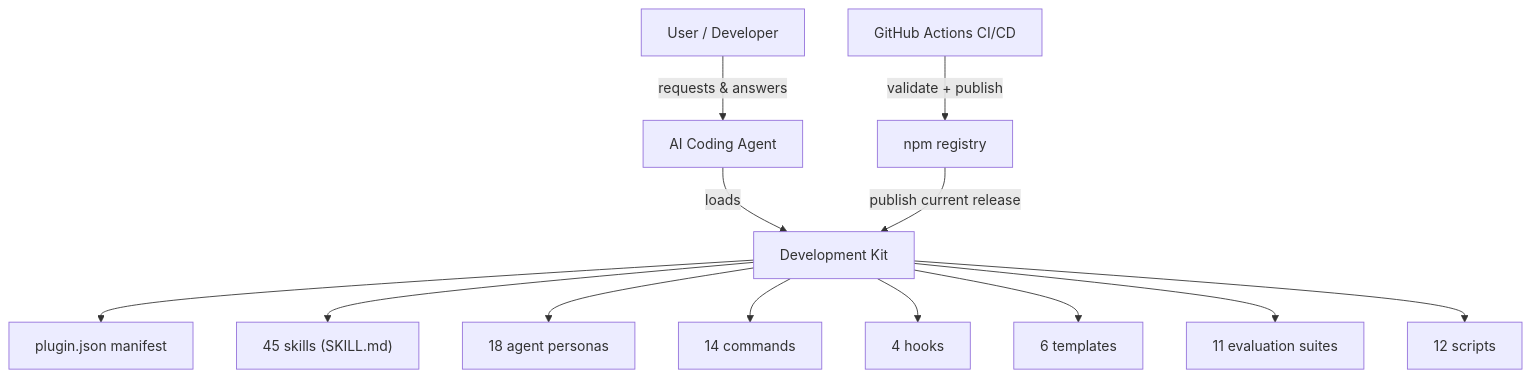
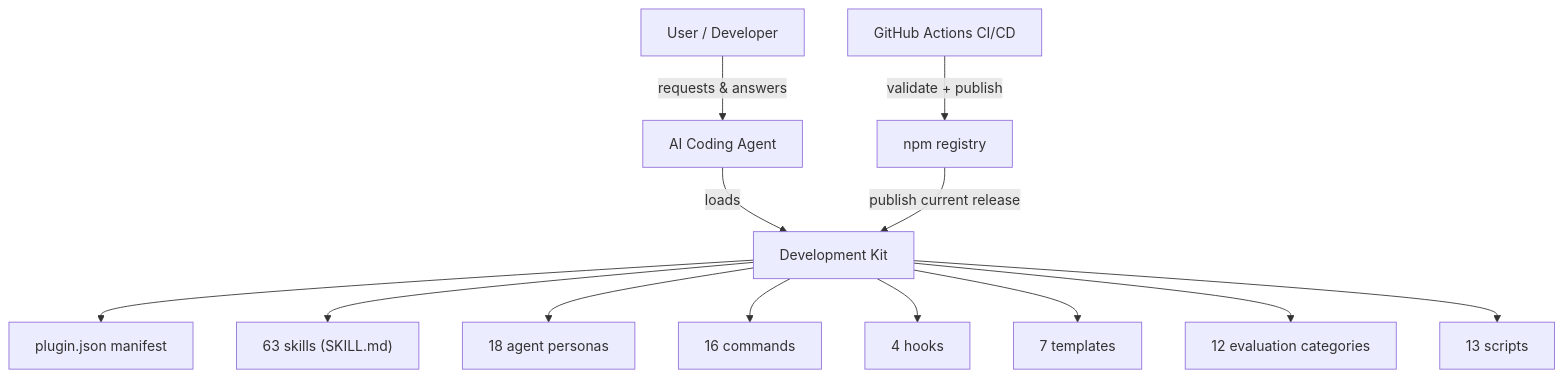
Before and after one commit to eybersjp/development-kit: the diagram in docs/04-architecture/system-context.md, drawn with Mermaid. The commit also changed 25 other files, not shown here.

````diff
--- a/docs/04-architecture/system-context.md
+++ b/docs/04-architecture/system-context.md
@@ -7,15 +7,15 @@
 ```mermaid
 graph TB
     U["User / Developer"] -->|"requests & answers"| A["AI Coding Agent"]
     A -->|"loads"| DK["Development Kit"]
     DK --> P["plugin.json manifest"]
-    DK --> SK["45 skills (SKILL.md)"]
+    DK --> SK["63 skills (SKILL.md)"]
     DK --> AG["18 agent personas"]
-    DK --> CM["14 commands"]
+    DK --> CM["16 commands"]
     DK --> HK["4 hooks"]
-    DK --> TP["6 templates"]
-    DK --> EV["11 evaluation suites"]
-    DK --> SC["12 scripts"]
+    DK --> TP["7 templates"]
+    DK --> EV["12 evaluation categories"]
+    DK --> SC["13 scripts"]
     NPM["npm registry"] -->|"publish current release"| DK
     GH["GitHub Actions CI/CD"] -->|"validate + publish"| NPM
 ```
````
